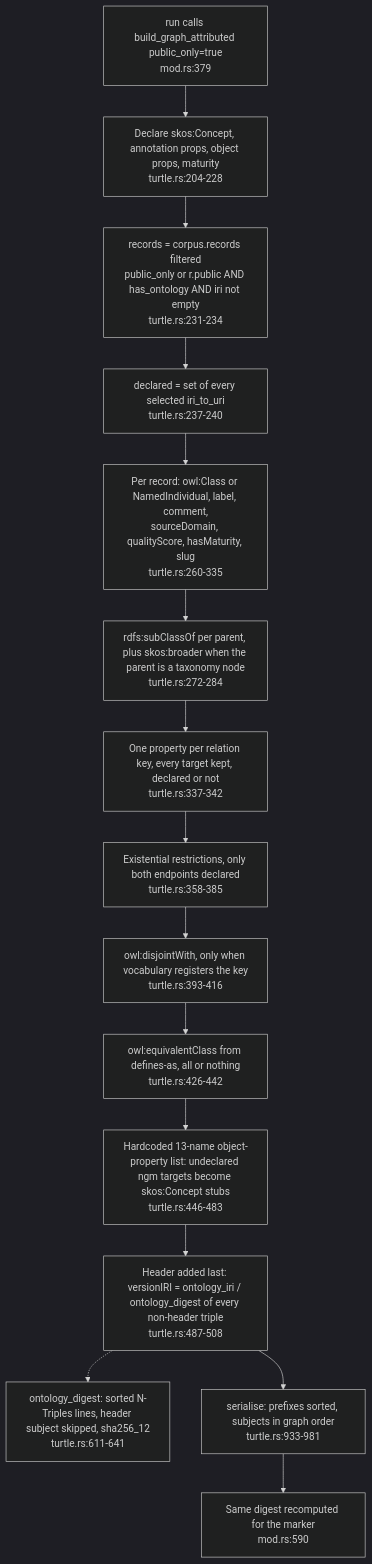
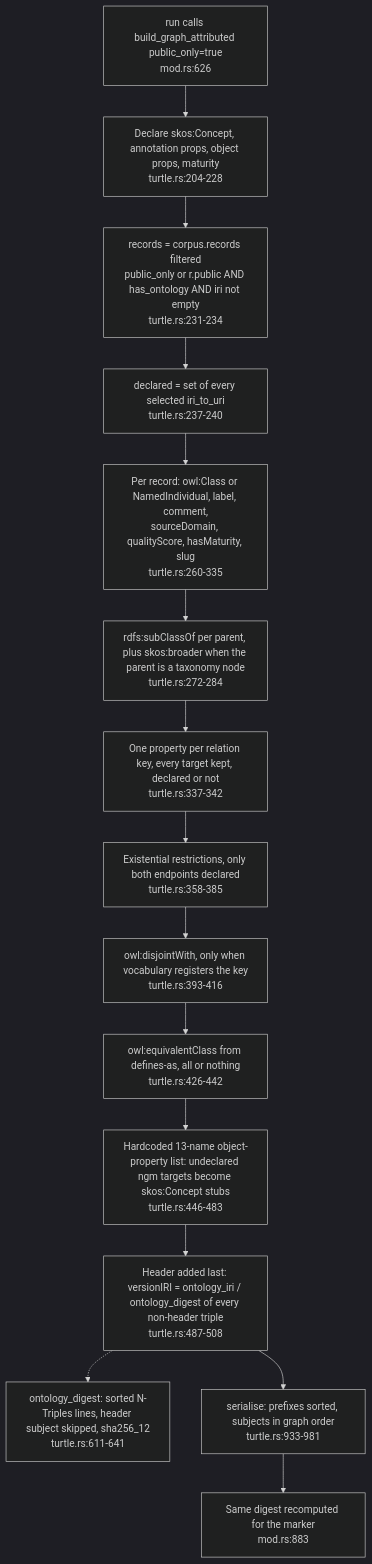
Before and after one commit to DreamLab-AI/VisionFlow: the second of 7 diagrams in docs/diagrams/ontomark/04-emitters-turtle-indexes-tiers-and-contract-c3.md, drawn with Mermaid (dark theme). The commit also changed other lines of this file and 10 other files, not shown here.

First line of the commit message:
docs(diagrams): re-stamp the ontomark corpus at ee9e04a; OM-06 machine scope and ingest contract

````diff
--- a/docs/diagrams/ontomark/04-emitters-turtle-indexes-tiers-and-contract-c3.md
+++ b/docs/diagrams/ontomark/04-emitters-turtle-indexes-tiers-and-contract-c3.md
@@ -68,21 +72,21 @@
 ```mermaid
 flowchart TD
-    CALL["run calls build_graph_attributed public_only=true<br/>mod.rs:379"]
+    CALL["run calls build_graph_attributed public_only=true<br/>mod.rs:626"]
     DECL["Declare skos:Concept, annotation props, object props, maturity<br/>turtle.rs:204-228"]
     SEL["records = corpus.records filtered<br/>public_only or r.public AND has_ontology AND iri not empty<br/>turtle.rs:231-234"]
     DECLSET["declared = set of every selected iri_to_uri<br/>turtle.rs:237-240"]
     CLS["Per record: owl:Class or NamedIndividual, label, comment,<br/>sourceDomain, qualityScore, hasMaturity, slug<br/>turtle.rs:260-335"]
     SUBC["rdfs:subClassOf per parent, plus skos:broader when the parent is a taxonomy node<br/>turtle.rs:272-284"]
     REL["One property per relation key, every target kept, declared or not<br/>turtle.rs:337-342"]
     RESTR["Existential restrictions, only both endpoints declared<br/>turtle.rs:358-385"]
     DISJ["owl:disjointWith, only when vocabulary registers the key<br/>turtle.rs:393-416"]
     DEFS["owl:equivalentClass from defines-as, all or nothing<br/>turtle.rs:426-442"]
     STUB["Hardcoded 13-name object-property list: undeclared ngm targets become skos:Concept stubs<br/>turtle.rs:446-483"]
     HDR["Header added last: versionIRI = ontology_iri / ontology_digest of every non-header triple<br/>turtle.rs:487-508"]
     DIG["ontology_digest: sorted N-Triples lines, header subject skipped, sha256_12<br/>turtle.rs:611-641"]
     SER["serialise: prefixes sorted, subjects in graph order<br/>turtle.rs:933-981"]
-    GENM["Same digest recomputed for the marker<br/>mod.rs:590"]
+    GENM["Same digest recomputed for the marker<br/>mod.rs:883"]
     CALL --> DECL --> SEL --> DECLSET --> CLS --> SUBC --> REL --> RESTR --> DISJ --> DEFS --> STUB --> HDR --> SER
     HDR -.-> DIG
     SER --> GENM
 ```
````
